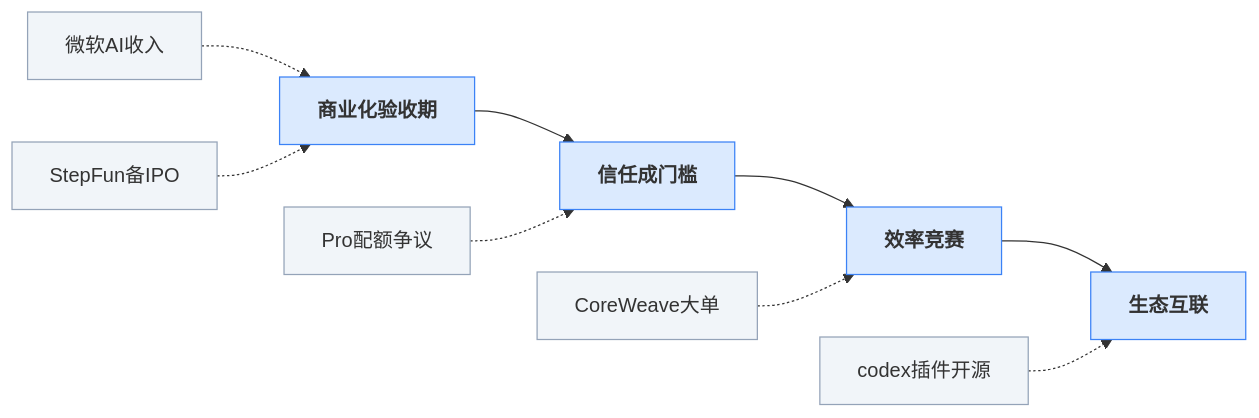
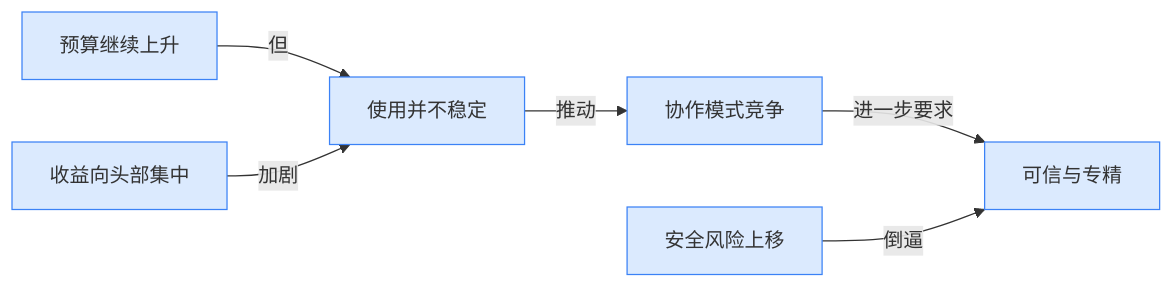
Before and after one commit to ylzsdafei/ai-daily-site: the seventh of 8 diagrams in content/cn/blog/weekly/2026-W16.md, drawn with Mermaid. The commit also changed other lines of this file and 1 other file, not shown here.

Commit message:
feat: 宏观趋势加详细图谱折叠

````diff
--- a/content/cn/blog/weekly/2026-W16.md
+++ b/content/cn/blog/weekly/2026-W16.md
@@ -231,13 +221,8 @@
 ```mermaid
 graph LR
-A[商业化验收期] --> B[信任成门槛] --> C[效率竞赛] --> D[生态互联]
-E[微软AI收入] -.-> A
-F[StepFun备IPO] -.-> A
-G[Pro配额争议] -.-> B
-H[CoreWeave大单] -.-> C
-I[codex插件开源] -.-> D
-classDef main fill:#dbeafe,stroke:#3b82f6,font-weight:bold
-classDef event fill:#f1f5f9,stroke:#94a3b8
-class A,B,C,D main
-class E,F,G,H,I event
+A[预算继续上升] -->|但| B[使用并不稳定] -->|推动| C[协作模式竞争] -->|进一步要求| D[可信与专精]
+E[收益向头部集中] -->|加剧| B
+F[安全风险上移] -->|倒逼| D
+classDef blue fill:#dbeafe,stroke:#3b82f6
+class A,B,C,D,E,F blue
 ```
````
